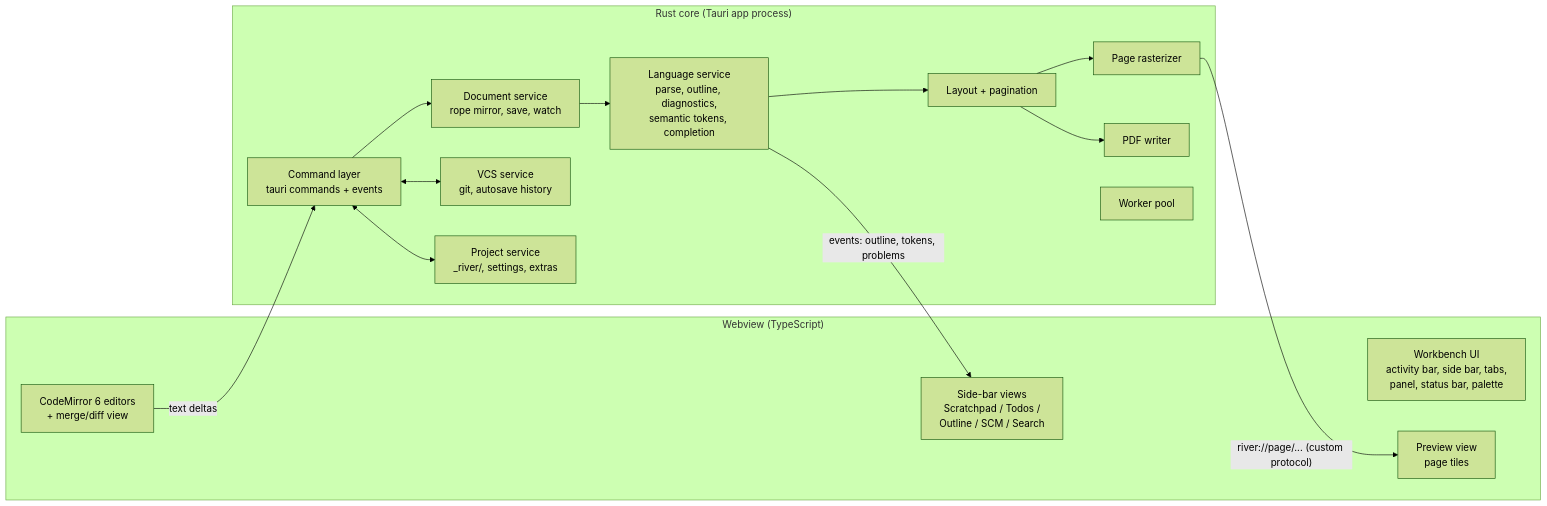
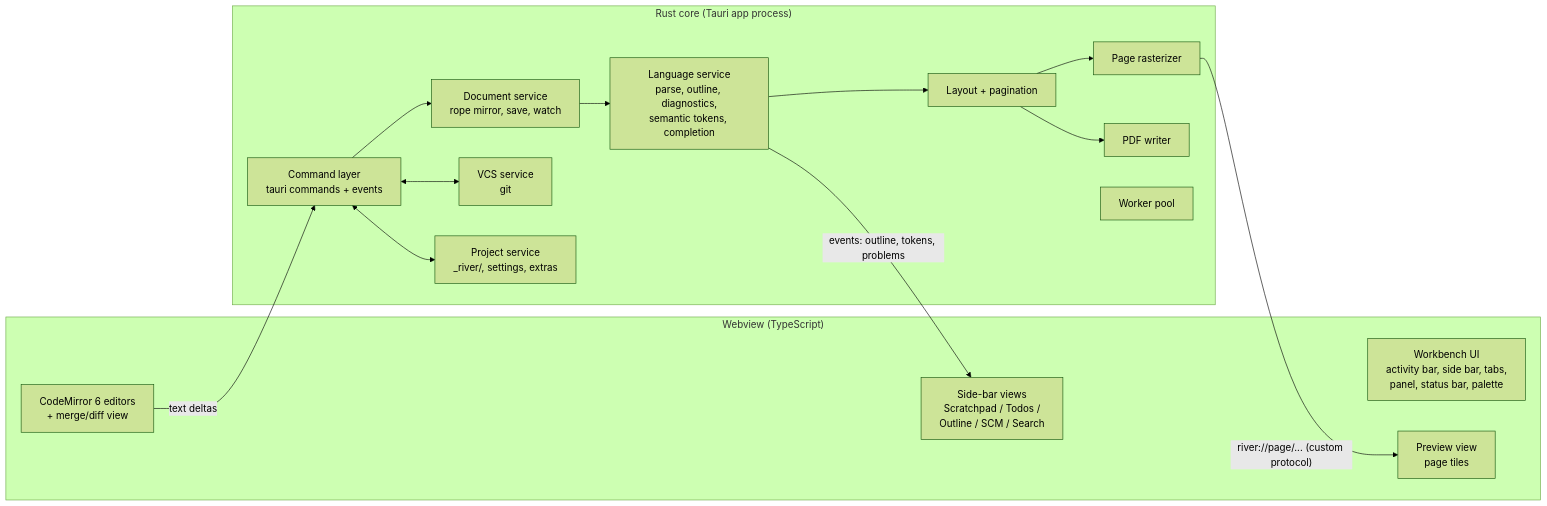
The first of 2 diagrams in docs/05-architecture.md (arjunacharya10/river-writer), drawn with Mermaid (forest theme) before and after one commit. The commit also changed other lines of this file and 20 other files, not shown here.

First line of the commit message:
Remove private local history and Timeline

````diff
--- a/docs/05-architecture.md
+++ b/docs/05-architecture.md
@@ -38,27 +38,27 @@
 ```mermaid
 flowchart LR
   subgraph Webview["Webview (TypeScript)"]
     WB[Workbench UI<br/>activity bar, side bar, tabs,<br/>panel, status bar, palette]
     MON[CodeMirror 6 editors<br/>+ merge/diff view]
     PV[Preview view<br/>page tiles]
     SB[Side-bar views<br/>Scratchpad / Todos /<br/>Outline / SCM / Search]
   end
   subgraph Core["Rust core (Tauri app process)"]
     CMD[Command layer<br/>tauri commands + events]
     DOC[Document service<br/>rope mirror, save, watch]
     LANG[Language service<br/>parse, outline, diagnostics,<br/>semantic tokens, completion]
     LAY[Layout + pagination]
     RND[Page rasterizer]
     PDF[PDF writer]
-    VCS[VCS service<br/>git, autosave history]
+    VCS[VCS service<br/>git]
     PRJ[Project service<br/>_river/, settings, extras]
     WK[Worker pool]
   end
   MON -- text deltas --> CMD
   CMD --> DOC --> LANG --> LAY --> RND
   LAY --> PDF
   CMD <--> VCS
   CMD <--> PRJ
   RND -- "river://page/... (custom protocol)" --> PV
   LANG -- events: outline, tokens, problems --> SB
 ```
````
